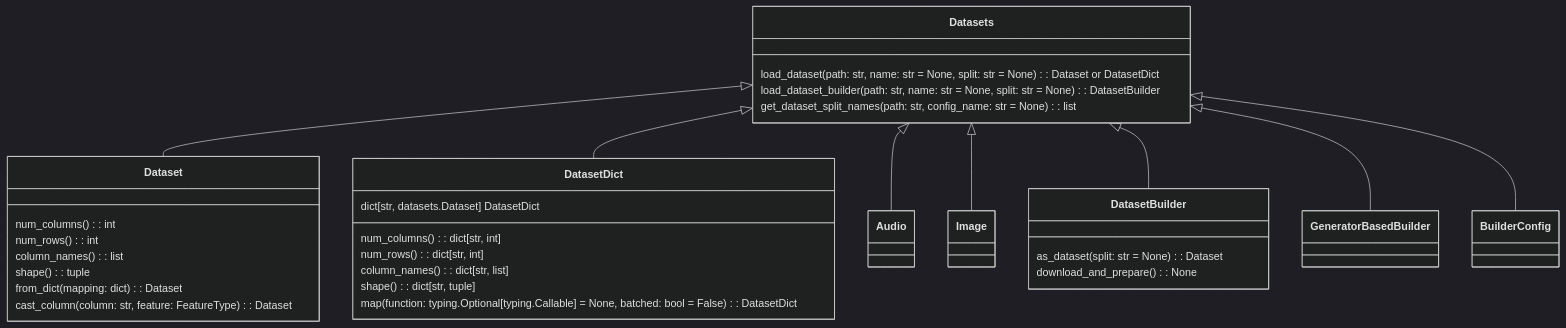
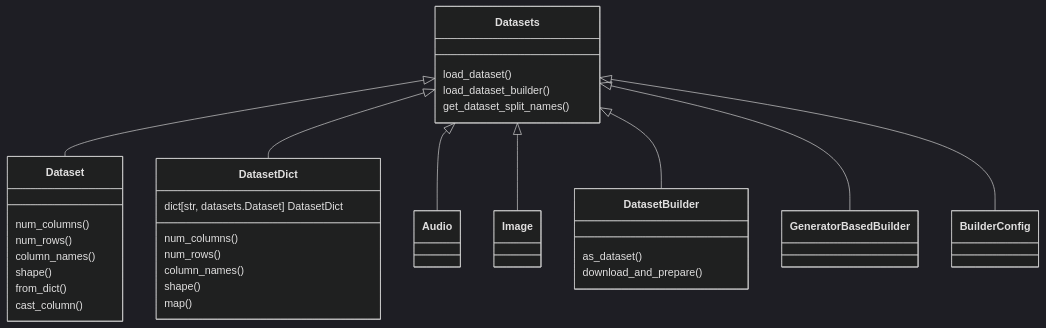
Before and after one commit to ARG-NCTU/oop-python-nycu: the diagram in docs/datasets-class-diagram.md, drawn with Mermaid (dark theme).

````diff
--- a/docs/datasets-class-diagram.md
+++ b/docs/datasets-class-diagram.md
@@ -3,52 +3,52 @@
 ```mermaid
 classDiagram
     Datasets <|-- Dataset
     Datasets <|-- DatasetDict
     Datasets <|-- Audio
     Datasets <|-- Image
     Datasets <|-- DatasetBuilder
     Datasets <|-- GeneratorBasedBuilder
     Datasets <|-- BuilderConfig
 
     class Datasets{
-        load_dataset(path: str, name: str = None, split: str = None): Dataset or DatasetDict
-        load_dataset_builder(path: str, name: str = None, split: str = None): DatasetBuilder
-        get_dataset_split_names(path: str, config_name: str = None): list
+        load_dataset()
+        load_dataset_builder()
+        get_dataset_split_names()
     }
 
     class Dataset{
-        num_columns(): int
-        num_rows(): int
-        column_names(): list
-        shape(): tuple
-        from_dict(mapping: dict): Dataset
-        cast_column(column: str, feature: FeatureType): Dataset
+        num_columns()
+        num_rows()
+        column_names()
+        shape()
+        from_dict()
+        cast_column()
     }
 
     class DatasetDict{
         dict[str, datasets.Dataset] DatasetDict
-        num_columns(): dict[str, int]
-        num_rows(): dict[str, int]
-        column_names(): dict[str, list]
-        shape(): dict[str, tuple]
-        map(function: typing.Optional[typing.Callable] = None, batched: bool = False): DatasetDict
+        num_columns()
+        num_rows()
+        column_names()
+        shape()
+        map()
     }
 
     class Audio{
     }
 
     class Image{
     }
 
     class DatasetBuilder{
-        as_dataset(split: str = None): Dataset
-        download_and_prepare(): None
+        as_dataset()
+        download_and_prepare()
     }
 
     class BuilderConfig{
     }
 
     class GeneratorBasedBuilder{
     }
 
 ``` 
````
